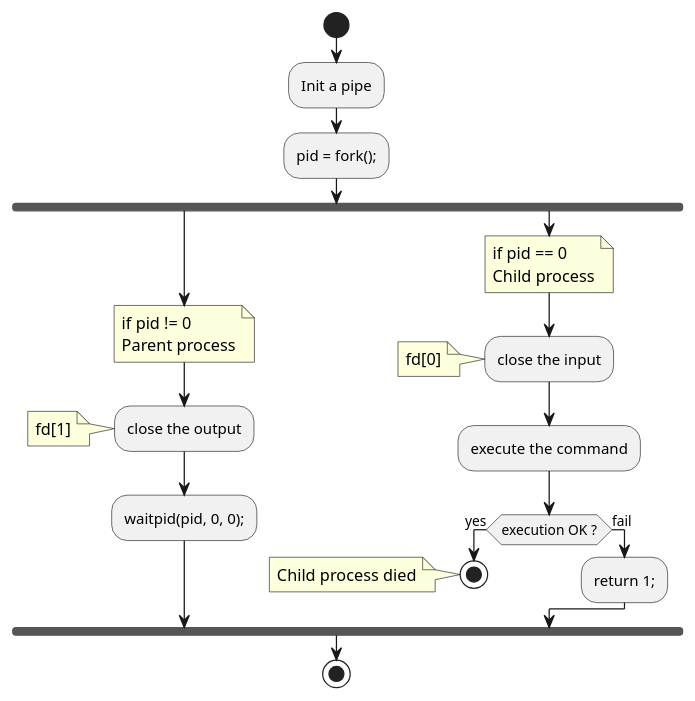
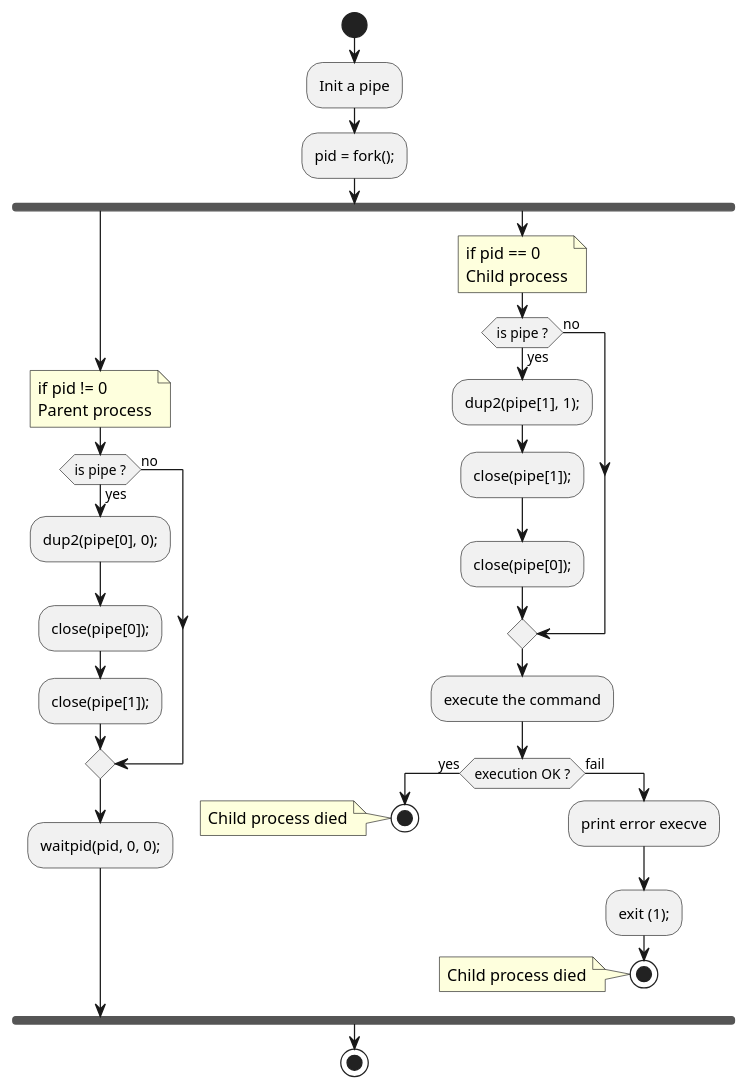
The fourth of 4 diagrams in assets/README.adoc (t-h2o/microshell), drawn with PlantUML before and after one commit.

Commit message:
diagram: update execution

```diff
--- a/assets/README.adoc
+++ b/assets/README.adoc
@@ -82,43 +82,52 @@
 [plantuml, target=pipe, format=svg, width=100%]
 ....
 @startuml
 skinparam defaultFontName JetBrains Mono ExtraBold
 
 start
 
 :Init a pipe;
 :pid = fork();;
 fork
 note left
   if pid != 0
   Parent process
 end note
-  :close the output;
-note left
-  fd[1]
-end note
+  if (is pipe ?) then (yes)
+    :dup2(pipe[0], 0);;
+    :close(pipe[0]);;
+    :close(pipe[1]);;
+  else (no)
+  endif
   :waitpid(pid, 0, 0);;
 fork again
 note left
   if pid == 0
   Child process
 end note
-  :close the input;
-note left
-  fd[0]
-end note
+  if (is pipe ?) then (yes)
+    :dup2(pipe[1], 1);;
+    :close(pipe[1]);;
+    :close(pipe[0]);;
+  else (no)
+  endif
   :execute the command;
   if (execution OK ?) then (yes)
     stop
     note left
       Child process died
     end note
   else (fail)
-    :return 1;;
+    :print error execve;
+    :exit (1);;
+    stop
+    note left
+      Child process died
+    end note
   endif
 end fork
 
 stop
 
 @enduml
 ....
```
